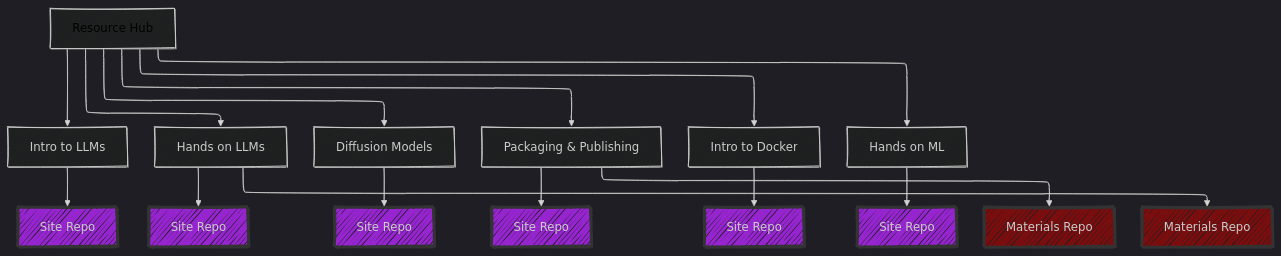
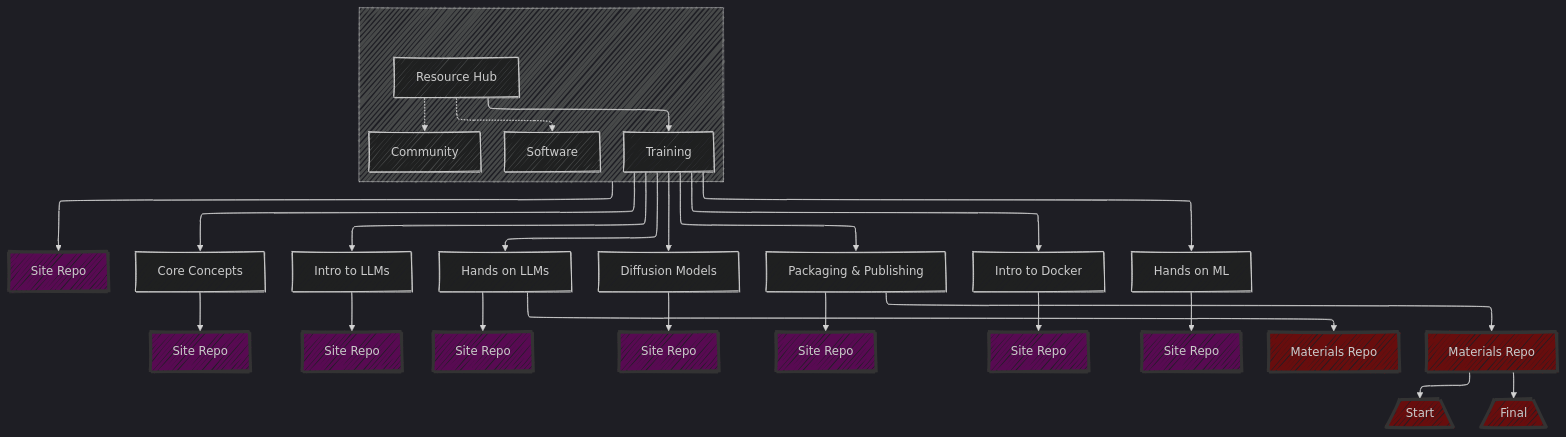
The diagram in README.md (acceleratescience/resource-hub), drawn with Mermaid before and after one commit. The commit also changed other lines of this file, not shown here.

````diff
--- a/README.md
+++ b/README.md
@@ -7,40 +81,94 @@
   layout: elk
   look: handDrawn
   theme: dark
+
 ---
 graph TD
-    A[Resource Hub]
+    Res1[Site Repo]
+    Res[Resource Hub]
 
-    B[Intro to LLMs] --> B1[Site Repo]
+    Train[Training]
+    Soft[Software]
+    Comm[Community]
 
-    C[Hands on LLMs] --> C1[Site Repo]
+    Z[Core Concepts]
+    B[Intro to LLMs]
+    C[Hands on LLMs]
+    D[Diffusion Models]
+    E[Packaging & Publishing]
+    F[Intro to Docker]
+    G[Hands on ML]
 
-    D[Diffusion Models] --> D1[Site Repo]
+    Z1[Site Repo]
+    B1[Site Repo]
+    C1[Site Repo]
+    D1[Site Repo]
+    E1[Site Repo]
+    F1[Site Repo]
+    G1[Site Repo]
+    
 
-    E[Packaging & Publishing] --> E1[Site Repo]
-    F[Intro to Docker] --> F1[Site Repo]
-    G[Hands on ML] --> G1[Site Repo]
+    M[Materials Repo]
+    N[Materials Repo]
+    N1[/Start\]
+    N2[/Final\]
 
+    subgraph hub[" "]
+    direction LR
+    Res -.-> Soft
+    Res ---> Train
+    Res -.-> Comm
+    end
+
+    hub --> Res1
+    Train --> Z
+    Train --> B
+    Train --> C
+    Train --> D
+    Train --> E    
+    Train --> F
+    Train --> G
+
+    Z --> Z1
+    B --> B1
+    C --> C1
+    D --> D1
+    E --> E1
+    F --> F1
+    G --> G1
+
+    C ---> M
+    E ---> N
     
-    E ---> M[Materials Repo]
-    C ---> N[Materials Repo]
-    
-    A --> B
-    A --> C
-    A --> D
-    A --> E
-    A --> F
-    A --> G
+    N --> N1
+    N --> N2
 
-    classDef clickNode text-decoration:none,color:inherit;
-    class A clickNode;
+    classDef siteRepo fill:#580a52,stroke:#333,stroke-width:4px;
+    class Z1,B1,C1,D1,E1,F1,G1,Res1 siteRepo;
 
-    classDef siteRepo fill:#9625cf,stroke:#333,stroke-width:4px;
-    class B1,C1,D1,E1,F1,G1 siteRepo;
+    classDef matRepo fill:#680d0d,stroke:#333,stroke-width:4px;
+    class M,N,N1,N2 matRepo;
 
-    classDef matRepo fill:#7a0d0d,stroke:#333,stroke-width:4px;
-    class M,N matRepo;
-
-    click A href "https://docs.science.ai.cam.ac.uk/"
-    
+    click Res1 href "https://github.com/acceleratescience/resource-hub" _blank
+    click Res href "https://docs.science.ai.cam.ac.uk/" _blank
+    click Train href "https://docs.science.ai.cam.ac.uk/training/" _blank
+    click Soft href "https://docs.science.ai.cam.ac.uk/software/" _blank
+    click Comm href "https://docs.science.ai.cam.ac.uk/community/" _blank
+    click Z href "https://docs.science.ai.cam.ac.uk/ai-core-concepts/" _blank
+    click B href "https://docs.science.ai.cam.ac.uk/large-language-models/" _blank
+    click C href "https://docs.science.ai.cam.ac.uk/large-language-models/" _blank
+    click D href "https://docs.science.ai.cam.ac.uk/diffusion-models/" _blank
+    click E href "https://docs.science.ai.cam.ac.uk/packaging-publishing/" _blank
+    click F href "https://docs.science.ai.cam.ac.uk/training/" _blank
+    click G href "https://docs.science.ai.cam.ac.uk/training/" _blank
+    click B1 href "https://github.com/acceleratescience/large-language-models" _blank
+    click C1 href "https://github.com/acceleratescience/hands-on-llms" _blank
+    click D1 href "https://github.com/acceleratescience/diffusion-models" _blank
+    click E1 href "https://github.com/acceleratescience/packaging-publishing" _blank
+    click F1 href "https://github.com/acceleratescience/docker-for-science" _blank
+    click G1 href "https://docs.science.ai.cam.ac.uk/" _blank
+    click M href "https://github.com/acceleratescience/hands-on-llms" _blank
+    click N href "https://github.com/acceleratescience/packaging-publishing" _blank
+    click N1 href "https://github.com/acceleratescience/packaging-publishing/tree/basic" _blank
+    click N2 href "https://github.com/acceleratescience/packaging-publishing/tree/result" _blank
 ```
````
